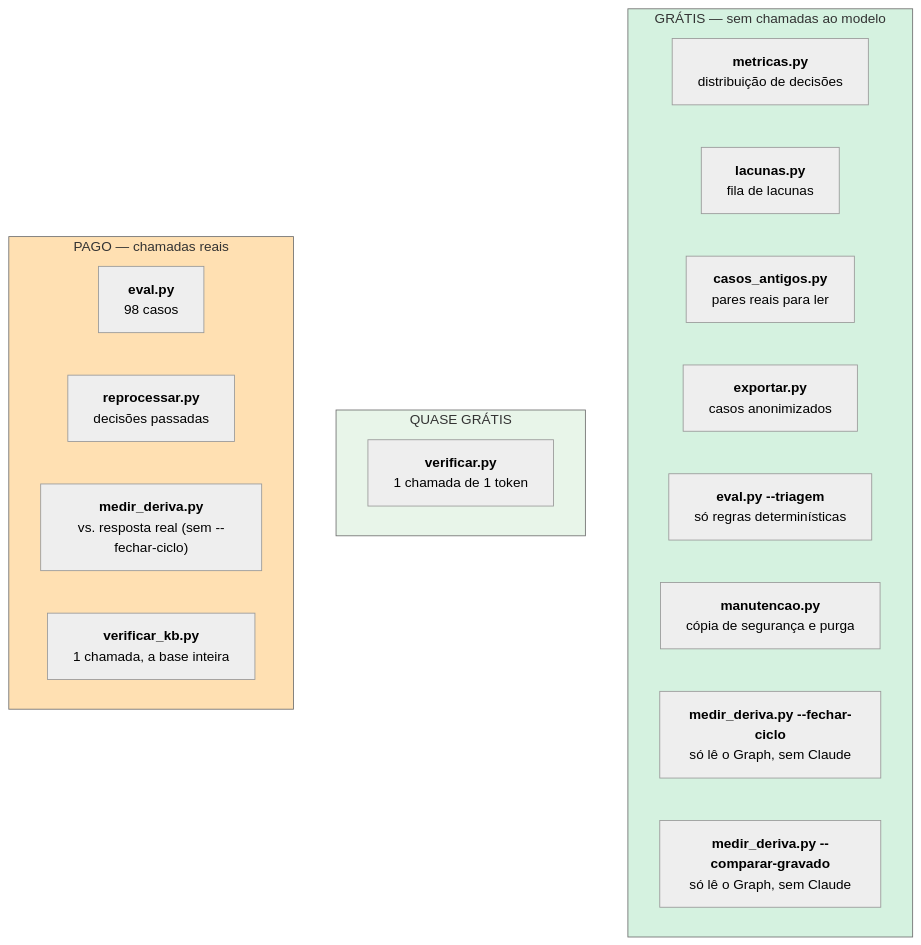
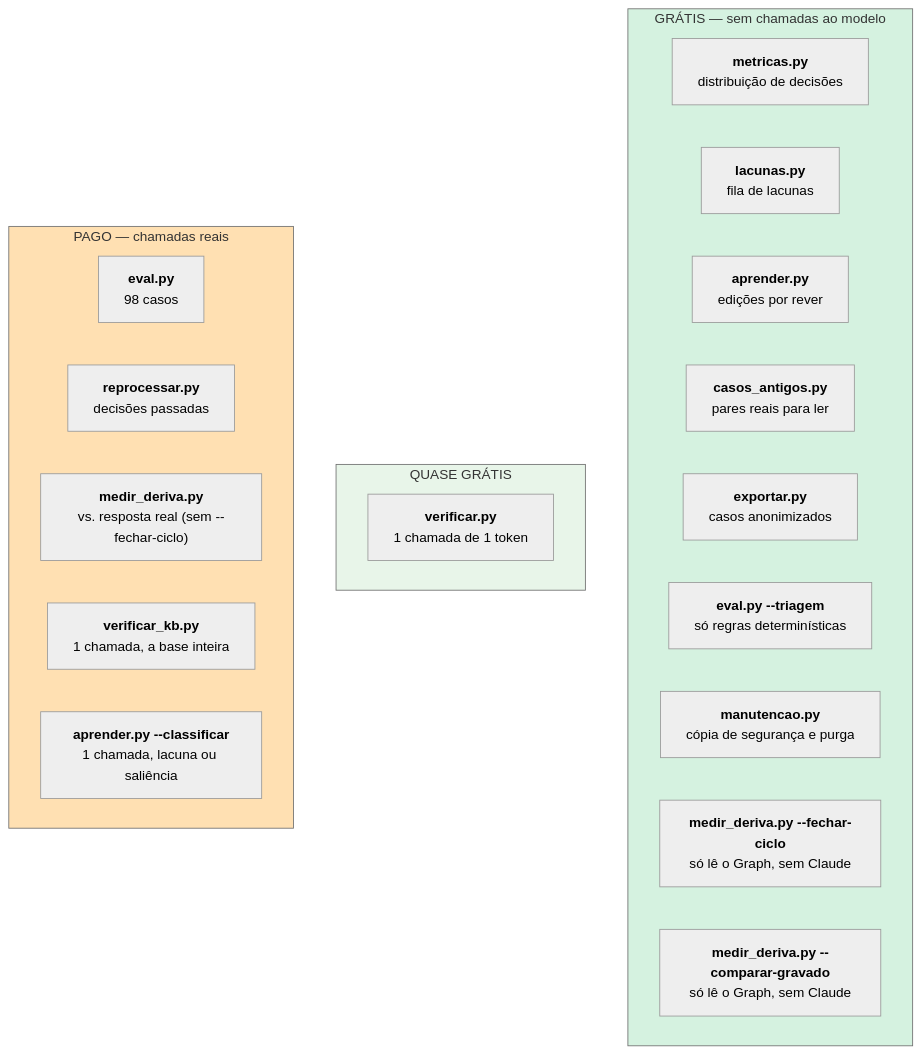
One commit to joaocarvalhini/Outlook-Reply-Assistant changed the diagram in docs/06-engineering/operations.md. Above: the diagram before and after it, drawn with Mermaid (neutral theme). The commit also changed other lines of this file and 9 other files, not shown here.

````diff
--- a/docs/06-engineering/operations.md
+++ b/docs/06-engineering/operations.md
@@ -23,25 +23,27 @@
 ```mermaid
 flowchart TB
     subgraph G["GRÁTIS — sem chamadas ao modelo"]
         G1["<b>metricas.py</b><br/>distribuição de decisões"]
         G2["<b>lacunas.py</b><br/>fila de lacunas"]
+        G3["<b>aprender.py</b><br/>edições por rever"]
         G4["<b>casos_antigos.py</b><br/>pares reais para ler"]
         G5["<b>exportar.py</b><br/>casos anonimizados"]
         G6["<b>eval.py --triagem</b><br/>só regras determinísticas"]
         G7["<b>manutencao.py</b><br/>cópia de segurança e purga"]
         G8["<b>medir_deriva.py --fechar-ciclo</b><br/>só lê o Graph, sem Claude"]
         G9["<b>medir_deriva.py --comparar-gravado</b><br/>só lê o Graph, sem Claude"]
     end
     subgraph Q["QUASE GRÁTIS"]
         Q1["<b>verificar.py</b><br/>1 chamada de 1 token"]
     end
     subgraph P["PAGO — chamadas reais"]
         P1["<b>eval.py</b><br/>98 casos"]
         P2["<b>reprocessar.py</b><br/>decisões passadas"]
         P3["<b>medir_deriva.py</b><br/>vs. resposta real (sem --fechar-ciclo)"]
         P4["<b>verificar_kb.py</b><br/>1 chamada, a base inteira"]
+        P5["<b>aprender.py --classificar</b><br/>1 chamada, lacuna ou saliência"]
     end
     style G fill:#d5f2e0
     style Q fill:#e8f5e9
     style P fill:#ffe0b2
 ```
````
